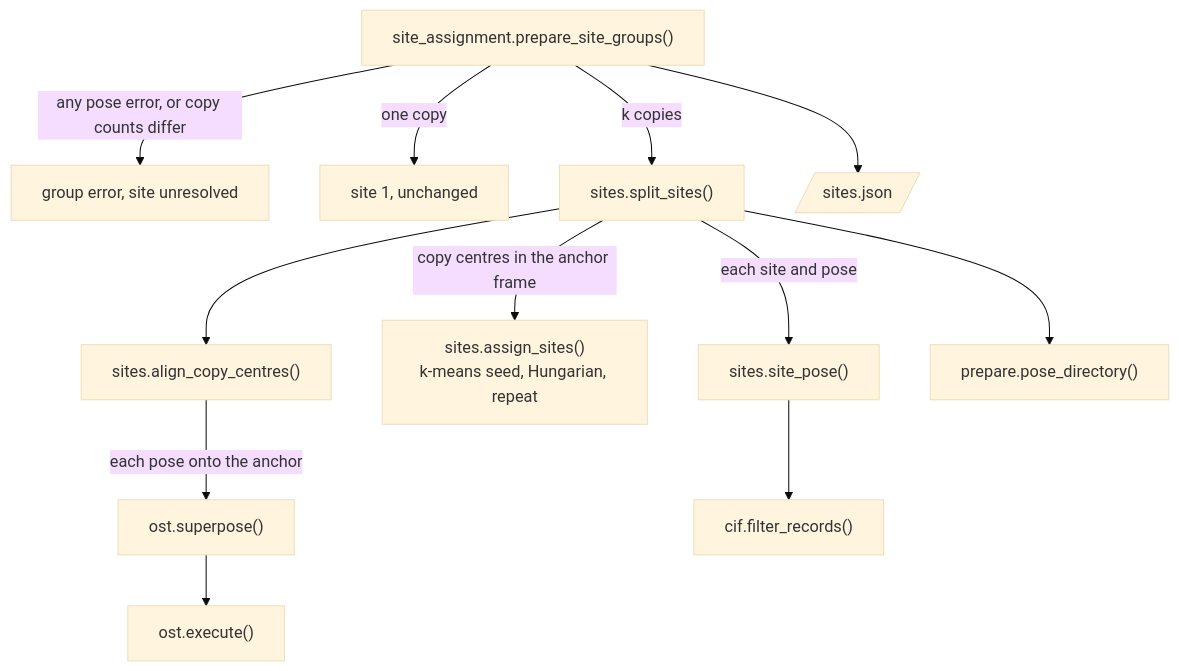
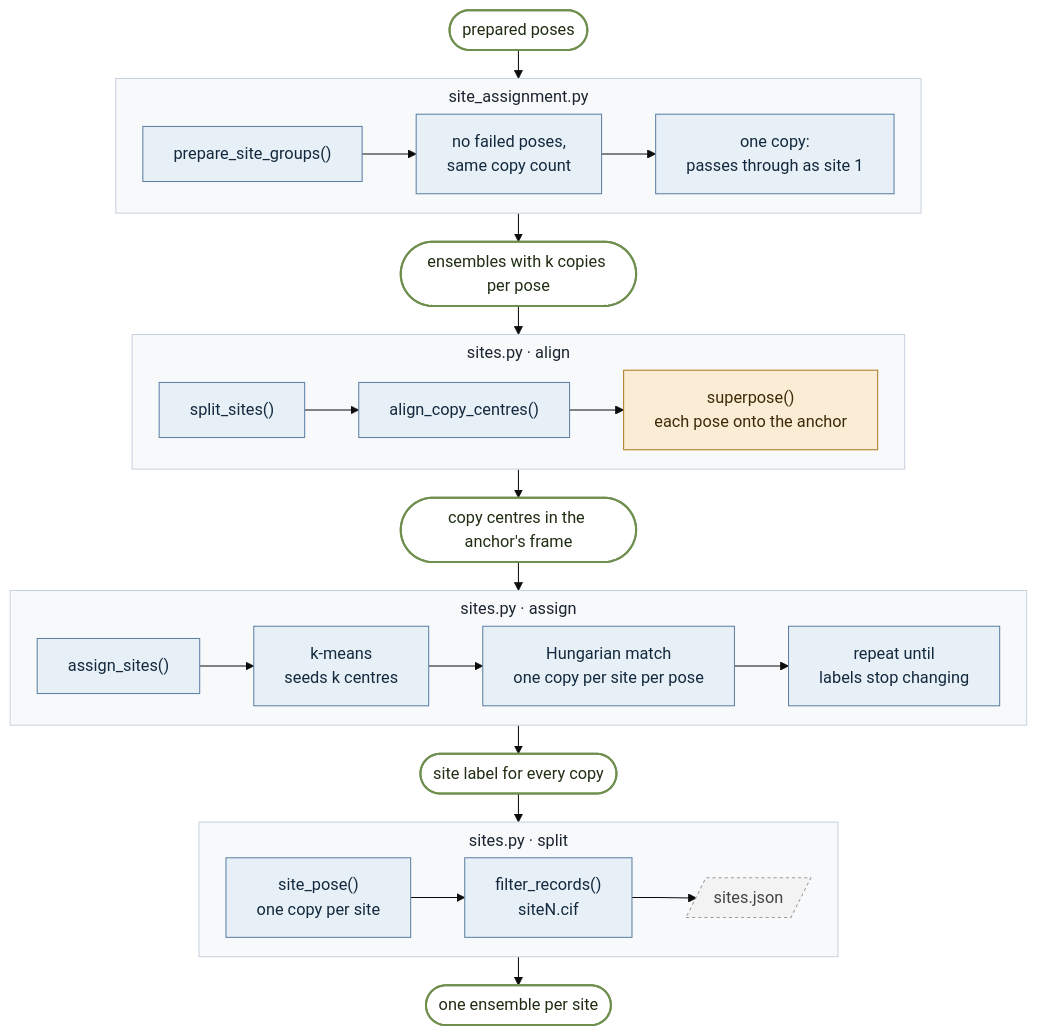
Before and after one commit to James-Broster/core-score: the fifth of 10 diagrams in docs/code-map.md, drawn with Mermaid (base theme). The commit also changed other lines of this file, not shown here.

First line of the commit message:
Redraw the code map as stage ladders

````diff
--- a/docs/code-map.md
+++ b/docs/code-map.md
@@ -196,14 +241,39 @@
 ```mermaid
-flowchart TD
-    psg["site_assignment.prepare_site_groups()"] -->|"any pose error, or copy counts differ"| blocked["group error, site unresolved"]
-    psg -->|"one copy"| one["site 1, unchanged"]
-    psg -->|"k copies"| ss["sites.split_sites()"]
-    ss --> acc["sites.align_copy_centres()"]
-    acc -->|"each pose onto the anchor"| sp["ost.superpose()"]
-    sp --> ex["ost.execute()"]
-    ss -->|"copy centres in the anchor frame"| as["sites.assign_sites()<br/>k-means seed, Hungarian, repeat"]
-    ss -->|"each site and pose"| spose["sites.site_pose()"]
-    spose --> fr["cif.filter_records()"]
-    ss --> pd["prepare.pose_directory()"]
-    psg --> out[/"sites.json"/]
+%%{init: {"flowchart": {"curve": "linear", "nodeSpacing": 18, "rankSpacing": 28, "subGraphTitleMargin": {"top": 6, "bottom": 10}}}}%%
+flowchart TB
+    classDef fn fill:#e7eff7,stroke:#5b7fa3,color:#13293d
+    classDef ost fill:#fbedd5,stroke:#b07a1e,color:#3d2a08
+    classDef data fill:#ffffff,stroke:#6f8f4e,color:#1f2d12,stroke-width:2px
+    classDef file fill:#f3f3f3,stroke:#9a9a9a,color:#444,stroke-dasharray:3 3
+    classDef stage fill:#f7f9fb,stroke:#c9d2dc,color:#1b2430
+
+    start(["prepared poses"]):::data
+
+    subgraph S1["site_assignment.py"]
+        direction LR
+        a1["prepare_site_groups()"]:::fn --> a2["no failed poses,<br/>same copy count"]:::fn --> a3["one copy:<br/>passes through as site 1"]:::fn
+    end
+    d1(["ensembles with k copies per pose"]):::data
+
+    subgraph S2["sites.py · align"]
+        direction LR
+        b1["split_sites()"]:::fn --> b2["align_copy_centres()"]:::fn --> b3["superpose()<br/>each pose onto the anchor"]:::ost
+    end
+    d2(["copy centres in the anchor's frame"]):::data
+
+    subgraph S3["sites.py · assign"]
+        direction LR
+        c1["assign_sites()"]:::fn --> c2["k-means<br/>seeds k centres"]:::fn --> c3["Hungarian match<br/>one copy per site per pose"]:::fn --> c4["repeat until<br/>labels stop changing"]:::fn
+    end
+    d3(["site label for every copy"]):::data
+
+    subgraph S4["sites.py · split"]
+        direction LR
+        e1["site_pose()<br/>one copy per site"]:::fn --> e2["filter_records()<br/>siteN.cif"]:::fn --> e3[/"sites.json"/]:::file
+    end
+    d4(["one ensemble per site"]):::data
+
+    start --> S1 --> d1 --> S2 --> d2 --> S3 --> d3 --> S4 --> d4
+
+    class S1,S2,S3,S4 stage
 ```
````
